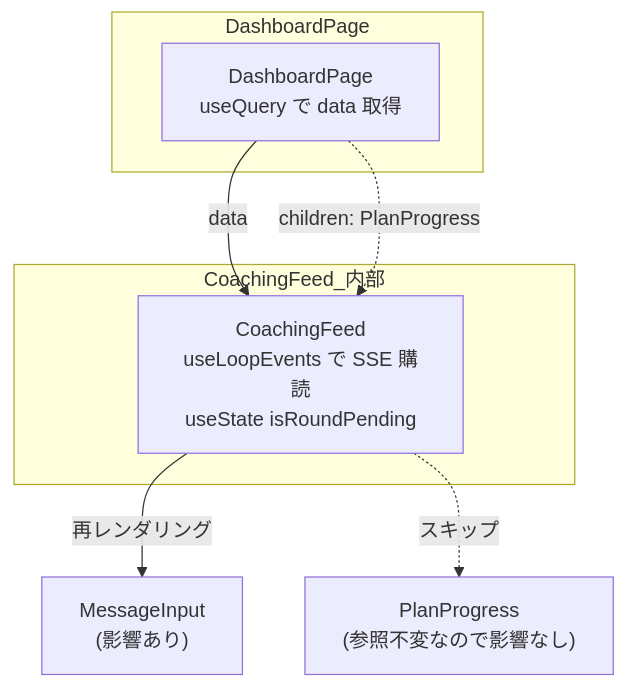
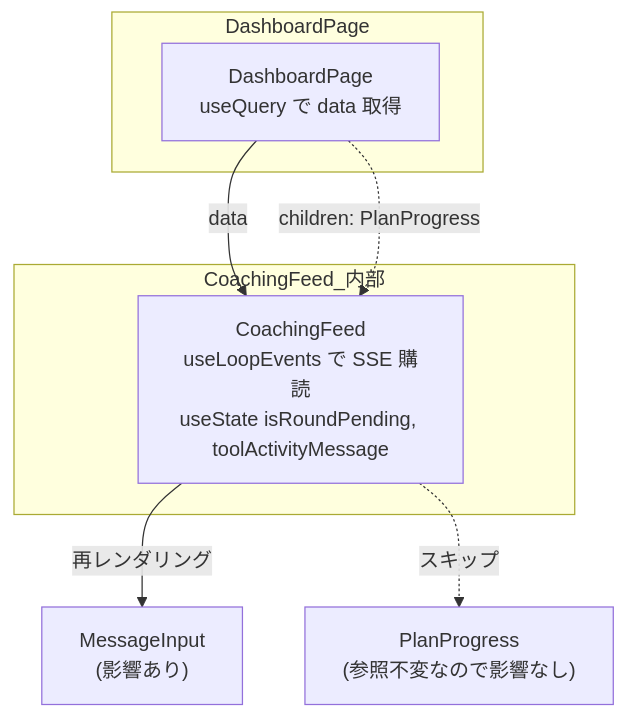
Before and after one commit to yukaorange/dcc_suport: the fifth of 10 diagrams in packages/client/docs/reading-guide.md, drawn with Mermaid. The commit also changed other lines of this file and 12 other files, not shown here.

Commit message:
chore(docs): アーキテクチャ図の更新とIllustrator/Photoshopスキルの追加

````diff
--- a/packages/client/docs/reading-guide.md
+++ b/packages/client/docs/reading-guide.md
@@ -208,13 +210,13 @@
 ```mermaid
 graph TB
     subgraph DashboardPage
         DP["DashboardPage<br/>useQuery で data 取得"]
     end
     subgraph CoachingFeed_内部
-        CF["CoachingFeed<br/>useLoopEvents で SSE 購読<br/>useState isRoundPending"]
+        CF["CoachingFeed<br/>useLoopEvents で SSE 購読<br/>useState isRoundPending, toolActivityMessage"]
     end
     DP -->|"data"| CF
     DP -.->|"children: PlanProgress"| CF
     CF -->|"再レンダリング"| MI["MessageInput<br/>(影響あり)"]
     CF -.->|"スキップ"| PP["PlanProgress<br/>(参照不変なので影響なし)"]
 ```
````
